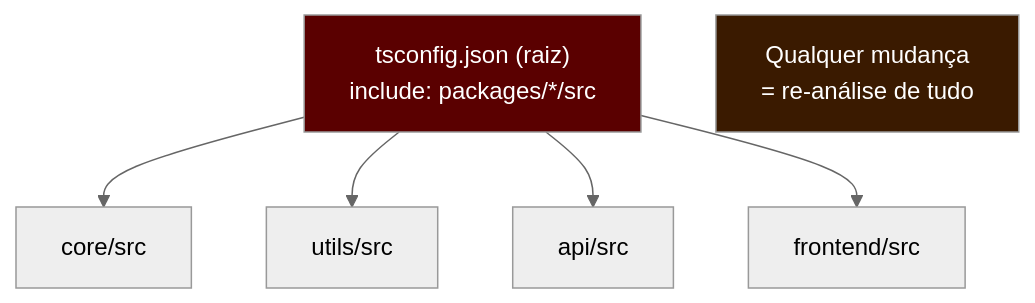
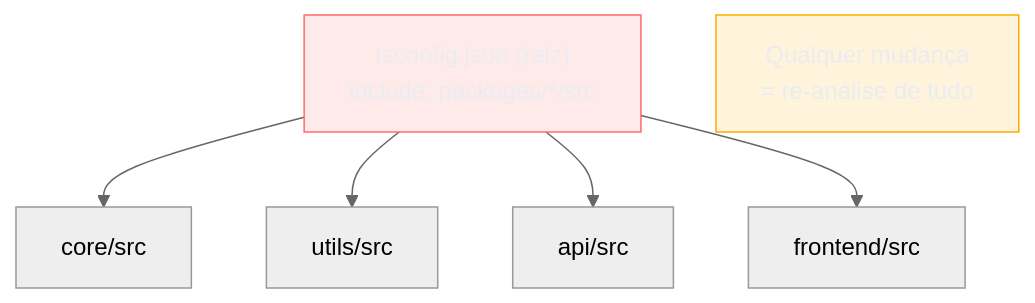
One commit to josenaldo/codex-technomanticus changed the fourth of 8 diagrams in 03-Dominios/Tecnologia/TypeScript/25 - TypeScript em escala - performance do compilador e project references.md. Above: the diagram before and after it, drawn with Mermaid (neutral theme). The commit also changed other lines of this file and 1181 other files, not shown here.

First line of the commit message:
fix(diagramas): paleta do sistema no lugar de cor cravada no markdown

````diff
--- a/03-Dominios/Tecnologia/TypeScript/25 - TypeScript em escala - performance do compilador e project references.md
+++ b/03-Dominios/Tecnologia/TypeScript/25 - TypeScript em escala - performance do compilador e project references.md
@@ -215,15 +217,17 @@
 ```mermaid
 graph TD
+    classDef falha fill:#FF6B6B24,stroke:#FF6B6B,color:#E9ECF2
+    classDef destaque fill:#FFAA0024,stroke:#FFAA00,color:#E9ECF2
     ROOT["tsconfig.json (raiz)\ninclude: packages/*/src"]
     CORE["core/src"]
     UTILS["utils/src"]
     API["api/src"]
     FE["frontend/src"]
 
     ROOT --> CORE & UTILS & API & FE
 
     note["Qualquer mudança\n= re-análise de tudo"]
 
-    style ROOT fill:#5a0000,color:#fff
-    style note fill:#3a1a00,color:#fff
+    class ROOT falha
+    class note destaque
 ```
````
